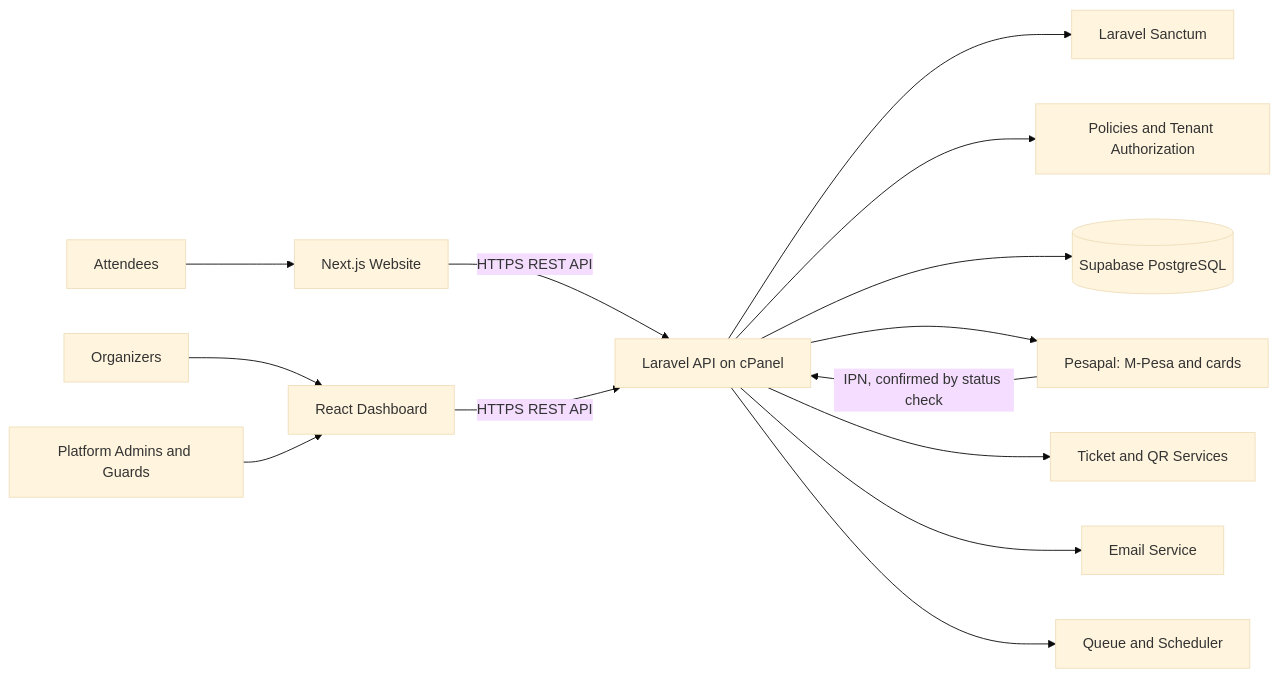
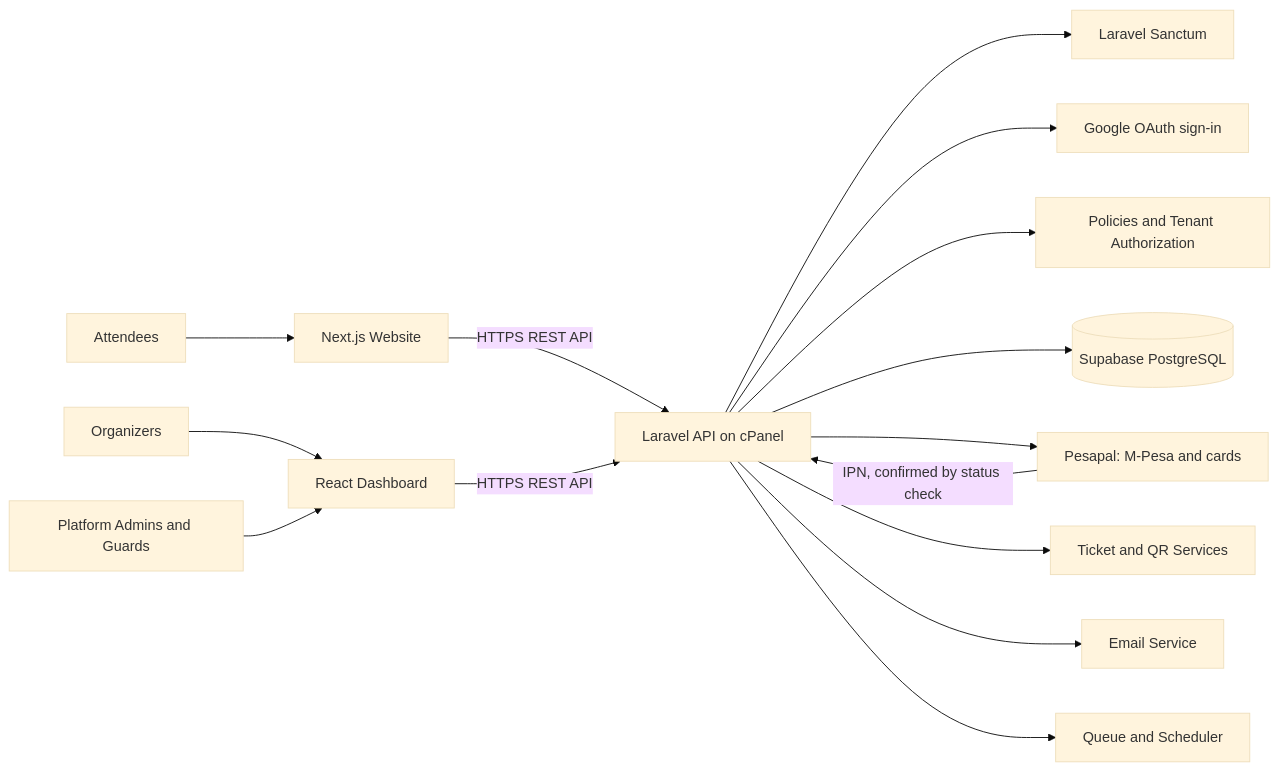
One commit to kreativesahara/ticket changed the first of 4 diagrams in techstack.md. Above: the diagram before and after it, drawn with Mermaid (base theme). The commit also changed other lines of this file and 11 other files, not shown here.

Commit message:
docs: add system architecture and Google sign-in diagrams along with requirements updates for guard accounts and authentication

````diff
--- a/techstack.md
+++ b/techstack.md
@@ -35,19 +36,20 @@
 ```mermaid
 flowchart LR
     A[Attendees] --> W[Next.js Website]
     O[Organizers] --> D[React Dashboard]
     G[Platform Admins and Guards] --> D
 
     W -- HTTPS REST API --> API[Laravel API on cPanel]
     D -- HTTPS REST API --> API
 
     API --> S[Laravel Sanctum]
+    API --> GO[Google OAuth sign-in]
     API --> P[Policies and Tenant Authorization]
     API --> DB[(Supabase PostgreSQL)]
     API --> PAY[Pesapal: M-Pesa and cards]
     API --> QR[Ticket and QR Services]
     API --> E[Email Service]
     API --> Q[Queue and Scheduler]
 
     PAY -- IPN, confirmed by status check --> API
 ```
````
